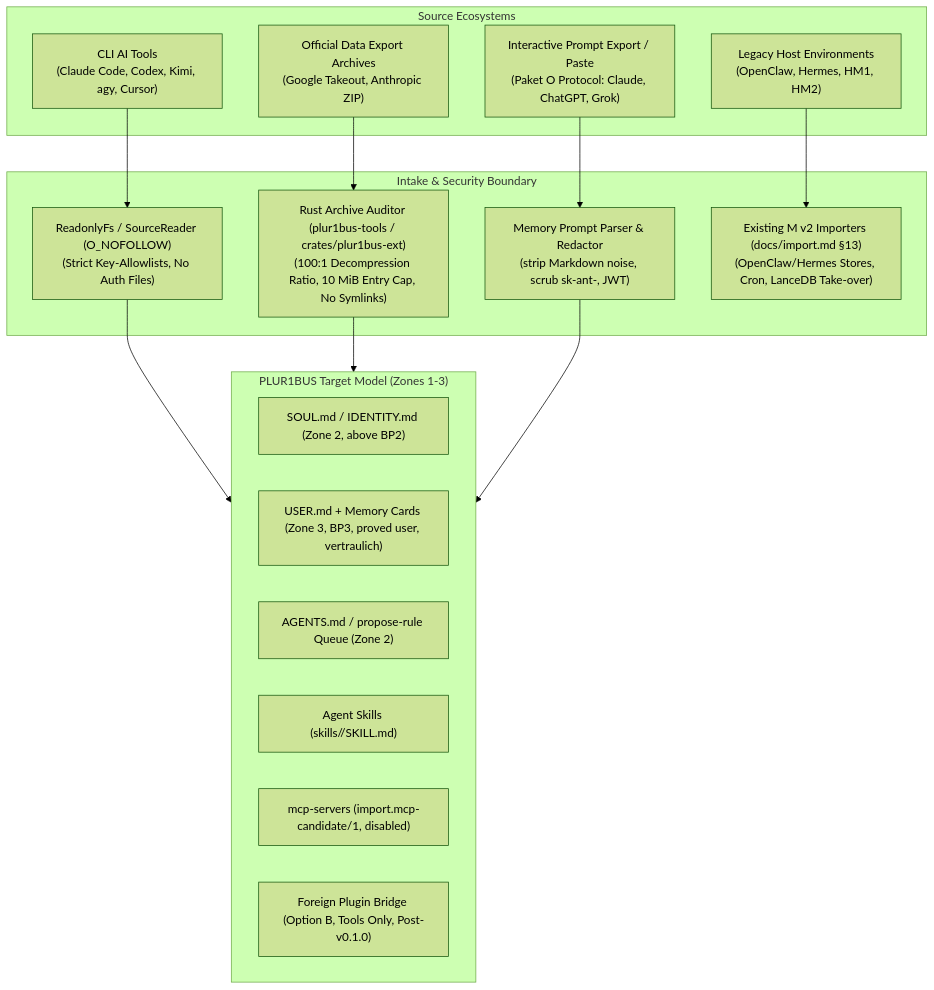
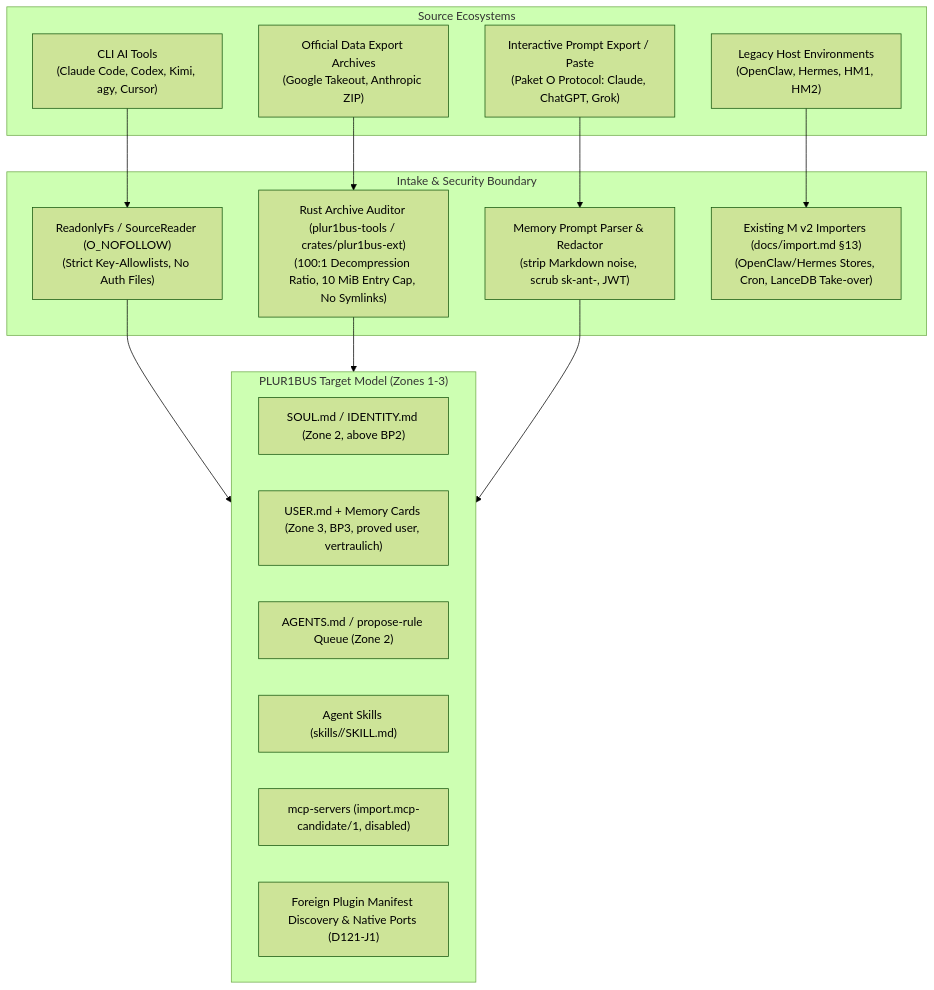
The diagram in docs/research/2026-10-27-profile-and-extension-sources.md (Cyb3rb1ade/PLUR1BUS-Harness), drawn with Mermaid (forest theme) before and after one commit. The commit also changed other lines of this file and 5 other files, not shown here.

Commit message:
docs(spec): apply owner rulings on D121 (native ports, manifest discovery, D9 upheld) and address round 4 review findings

````diff
--- a/docs/research/2026-10-27-profile-and-extension-sources.md
+++ b/docs/research/2026-10-27-profile-and-extension-sources.md
@@ -195,30 +195,30 @@
 ```mermaid
 flowchart TD
     subgraph Sources["Source Ecosystems"]
         CLI["CLI AI Tools\n(Claude Code, Codex, Kimi, agy, Cursor)"]
         Archives["Official Data Export Archives\n(Google Takeout, Anthropic ZIP)"]
         Paste["Interactive Prompt Export / Paste\n(Paket O Protocol: Claude, ChatGPT, Grok)"]
         Legacy["Legacy Host Environments\n(OpenClaw, Hermes, HM1, HM2)"]
     end
 
     subgraph Intake["Intake & Security Boundary"]
         Readonly["ReadonlyFs / SourceReader (O_NOFOLLOW)\n(Strict Key-Allowlists, No Auth Files)"]
         RustAudit["Rust Archive Auditor (plur1bus-tools / crates/plur1bus-ext)\n(100:1 Decompression Ratio, 10 MiB Entry Cap, No Symlinks)"]
         TextSanitize["Memory Prompt Parser & Redactor\n(strip Markdown noise, scrub sk-ant-, JWT)"]
         LegacyImporter["Existing M v2 Importers (docs/import.md §13)\n(OpenClaw/Hermes Stores, Cron, LanceDB Take-over)"]
     end
 
     subgraph Normalization["PLUR1BUS Target Model (Zones 1-3)"]
         Soul["SOUL.md / IDENTITY.md (Zone 2, above BP2)"]
         User["USER.md + Memory Cards (Zone 3, BP3, proved user, vertraulich)"]
         Rules["AGENTS.md / propose-rule Queue (Zone 2)"]
         Skills["Agent Skills (skills/<id>/SKILL.md)"]
         MCP["mcp-servers (import.mcp-candidate/1, disabled)"]
-        Bridge["Foreign Plugin Bridge (Option B, Tools Only, Post-v0.1.0)"]
+        Bridge["Foreign Plugin Manifest Discovery & Native Ports (D121-J1)"]
     end
 
     CLI --> Readonly --> Normalization
     Archives --> RustAudit --> Normalization
     Paste --> TextSanitize --> Normalization
     Legacy --> LegacyImporter
 ```
````
